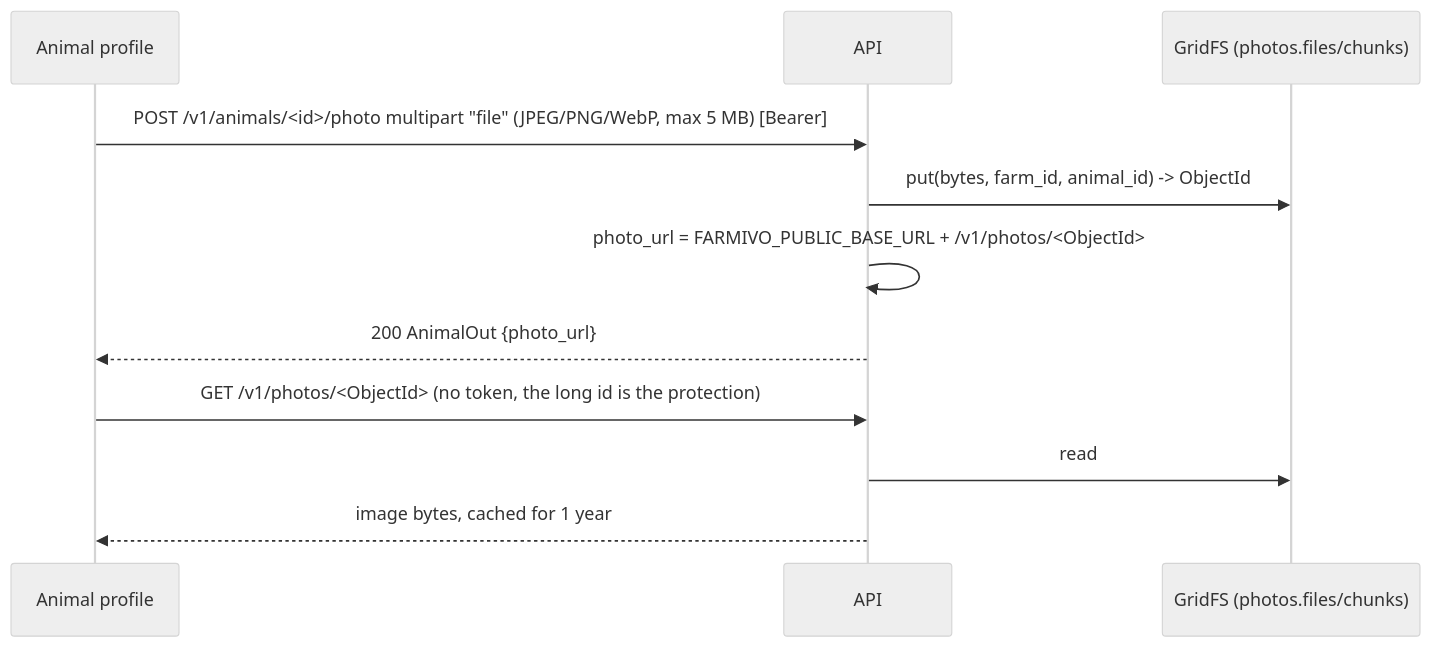
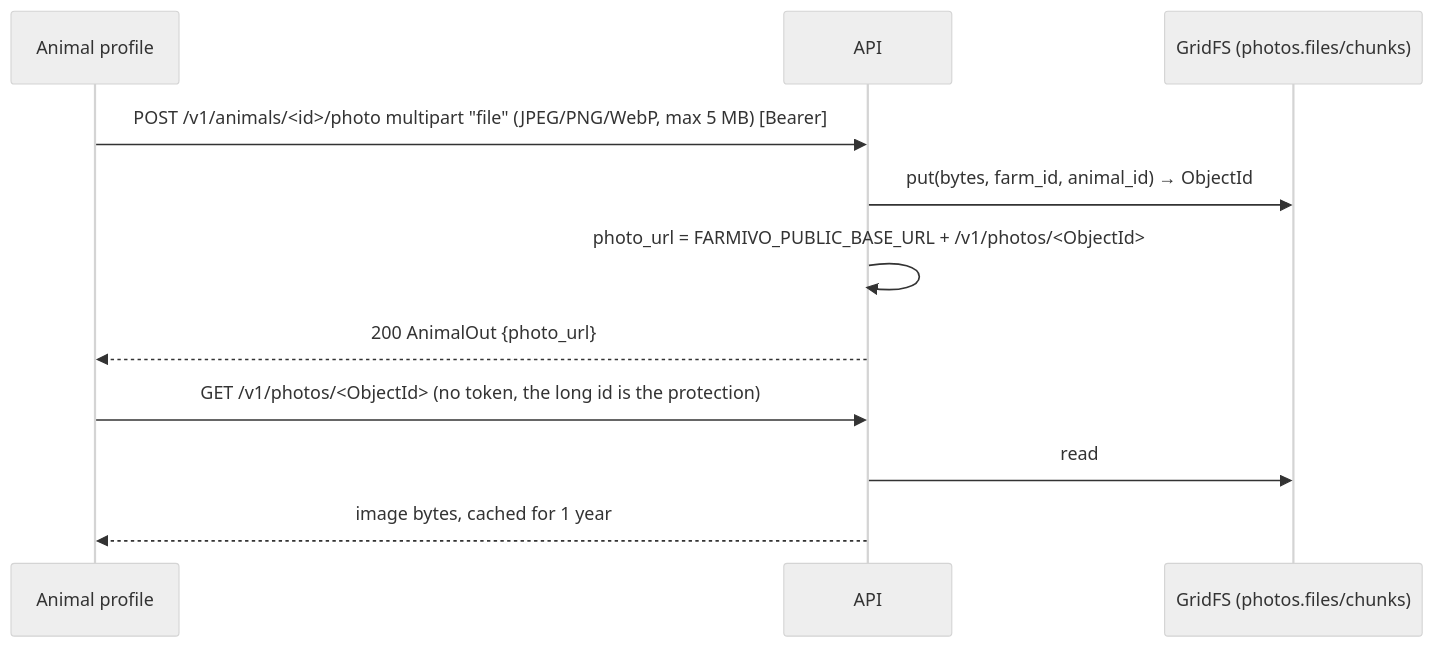
One commit to haythoum/farmivo_backend changed the seventh of 9 diagrams in docs/SYSTEM_GUIDE.md. Above: the diagram before and after it, drawn with Mermaid (neutral theme). The commit also changed other lines of this file and 1 other file, not shown here.

First line of the commit message:
Fix mermaid diagrams that GitHub could not render (unquoted parentheses, -> and ; inside messages)

````diff
--- a/docs/SYSTEM_GUIDE.md
+++ b/docs/SYSTEM_GUIDE.md
@@ -186,13 +186,13 @@
 ```mermaid
 sequenceDiagram
   participant App as Animal profile
   participant API
   participant G as GridFS (photos.files/chunks)
   App->>API: POST /v1/animals/<id>/photo  multipart "file" (JPEG/PNG/WebP, max 5 MB) [Bearer]
-  API->>G: put(bytes, farm_id, animal_id) -> ObjectId
+  API->>G: put(bytes, farm_id, animal_id) → ObjectId
   API->>API: photo_url = FARMIVO_PUBLIC_BASE_URL + /v1/photos/<ObjectId>
   API-->>App: 200 AnimalOut {photo_url}
   App->>API: GET /v1/photos/<ObjectId>  (no token, the long id is the protection)
   API->>G: read
   API-->>App: image bytes, cached for 1 year
 ```
````
